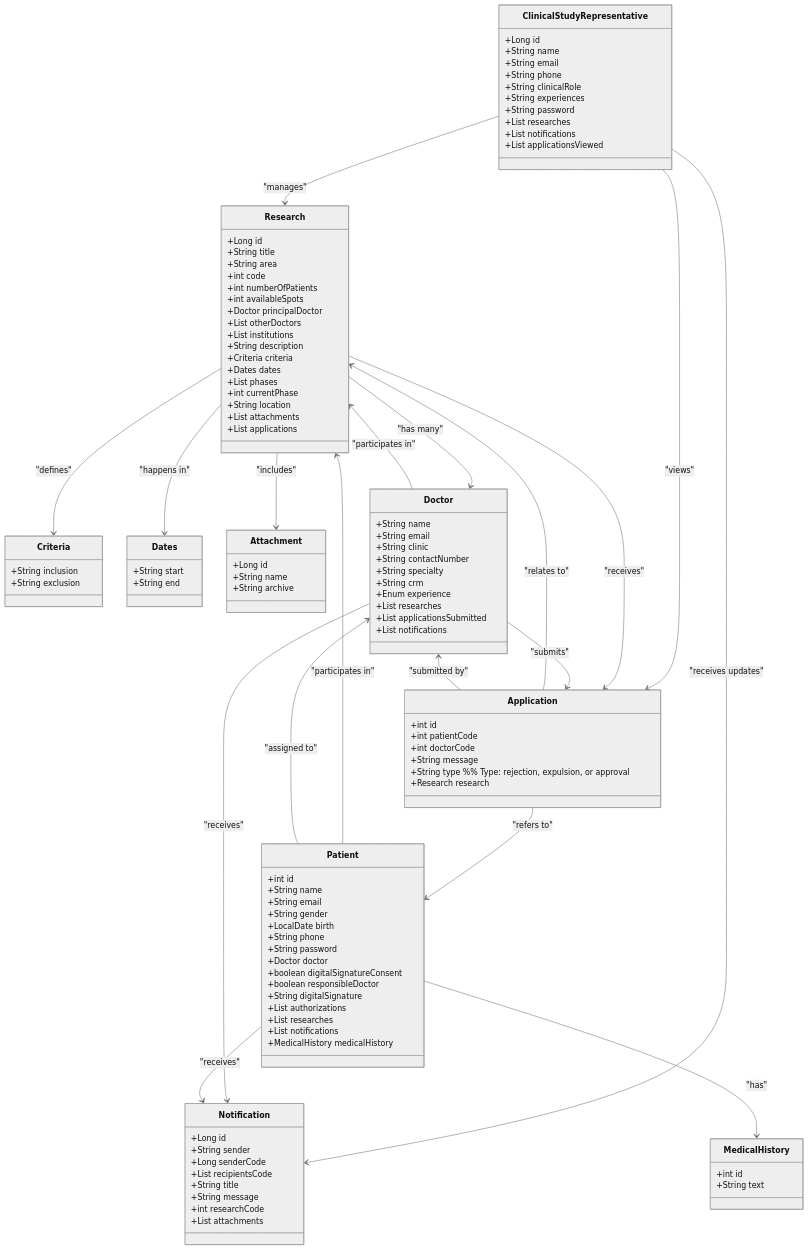
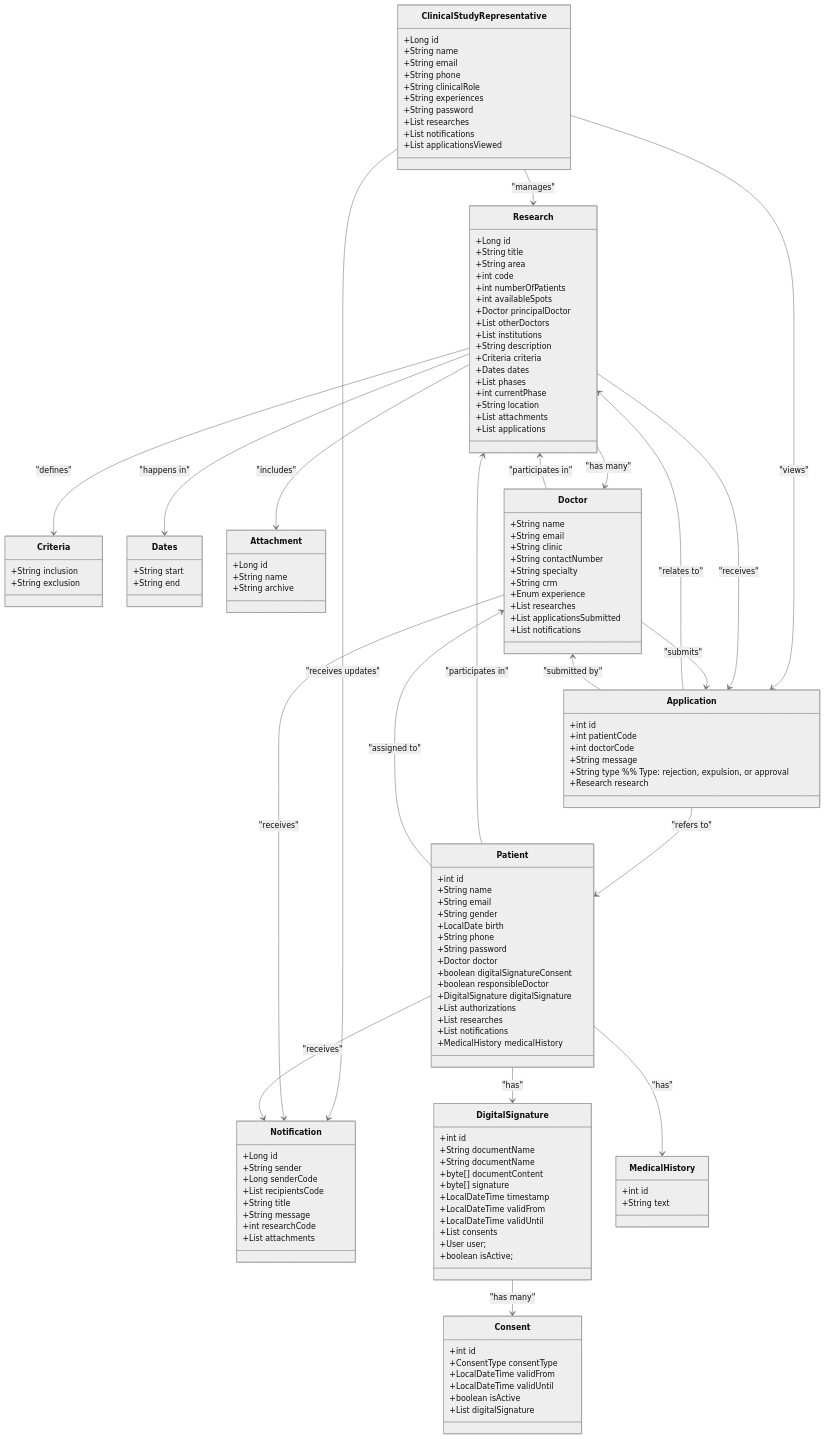
One commit to andrefilipe1310/inovamed- changed the fourth of 6 diagrams in README.md. Above: the diagram before and after it, drawn with Mermaid (neutral theme).

```diff
--- a/README.md
+++ b/README.md
@@ -177,12 +177,36 @@
         +Doctor doctor
         +boolean digitalSignatureConsent
         +boolean responsibleDoctor
-        +String digitalSignature
+        +DigitalSignature digitalSignature
         +List<String> authorizations
         +List<Research> researches
         +List<Notification> notifications
         +MedicalHistory medicalHistory
     }
+    class DigitalSignature {
+        +int id
+        +String documentName
+        +String documentName
+        +byte[] documentContent
+        +byte[] signature
+        +LocalDateTime timestamp
+        +LocalDateTime validFrom
+        +LocalDateTime validUntil
+        +List<Consent> consents
+        +User user;
+        +boolean isActive;
+    }
+
+    class Consent {
+        +int id
+        +ConsentType consentType
+        +LocalDateTime validFrom
+        +LocalDateTime validUntil
+        +boolean isActive
+        +List<DigitalSignature> digitalSignature
+    }
+    
+    
 
     class MedicalHistory {
         +int id
@@ -226,7 +250,9 @@
     Patient --> Research : "participates in"
     Patient --> Notification : "receives"
     Patient --> MedicalHistory : "has"
+    Patient --> DigitalSignature : "has"
     Patient --> Doctor : "assigned to"
+    DigitalSignature --> Consent : "has many"
     Application --> Patient : "refers to"
     Application --> Research : "relates to"
     Application --> Doctor : "submitted by"
```
